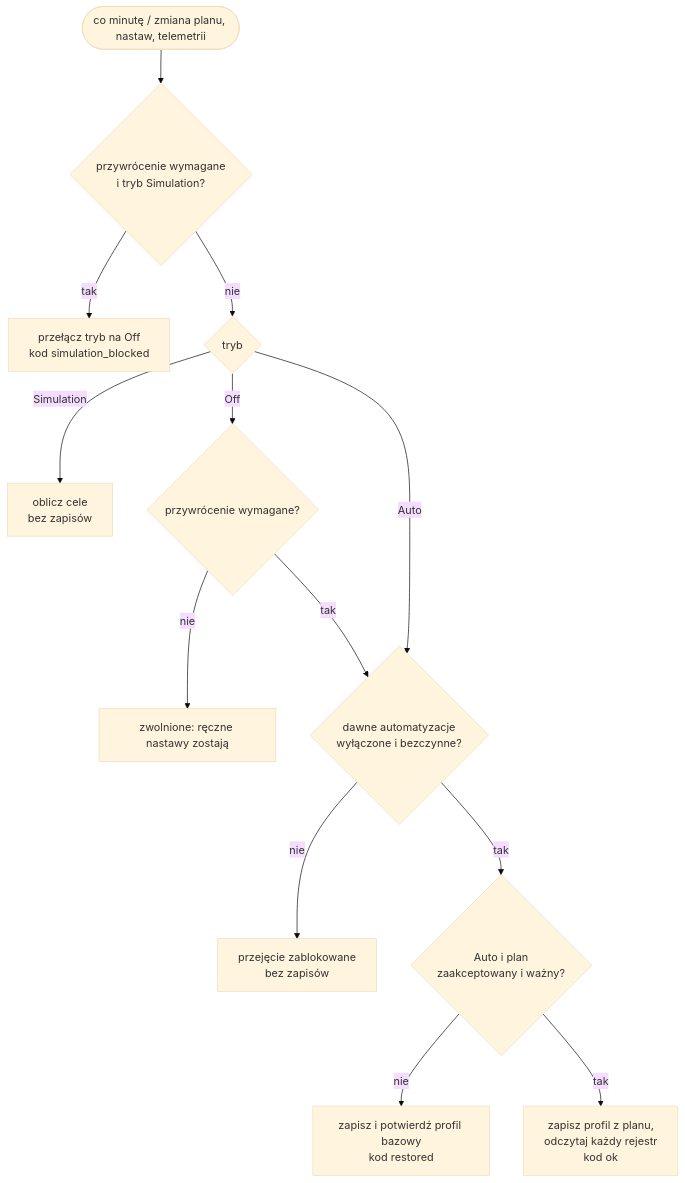
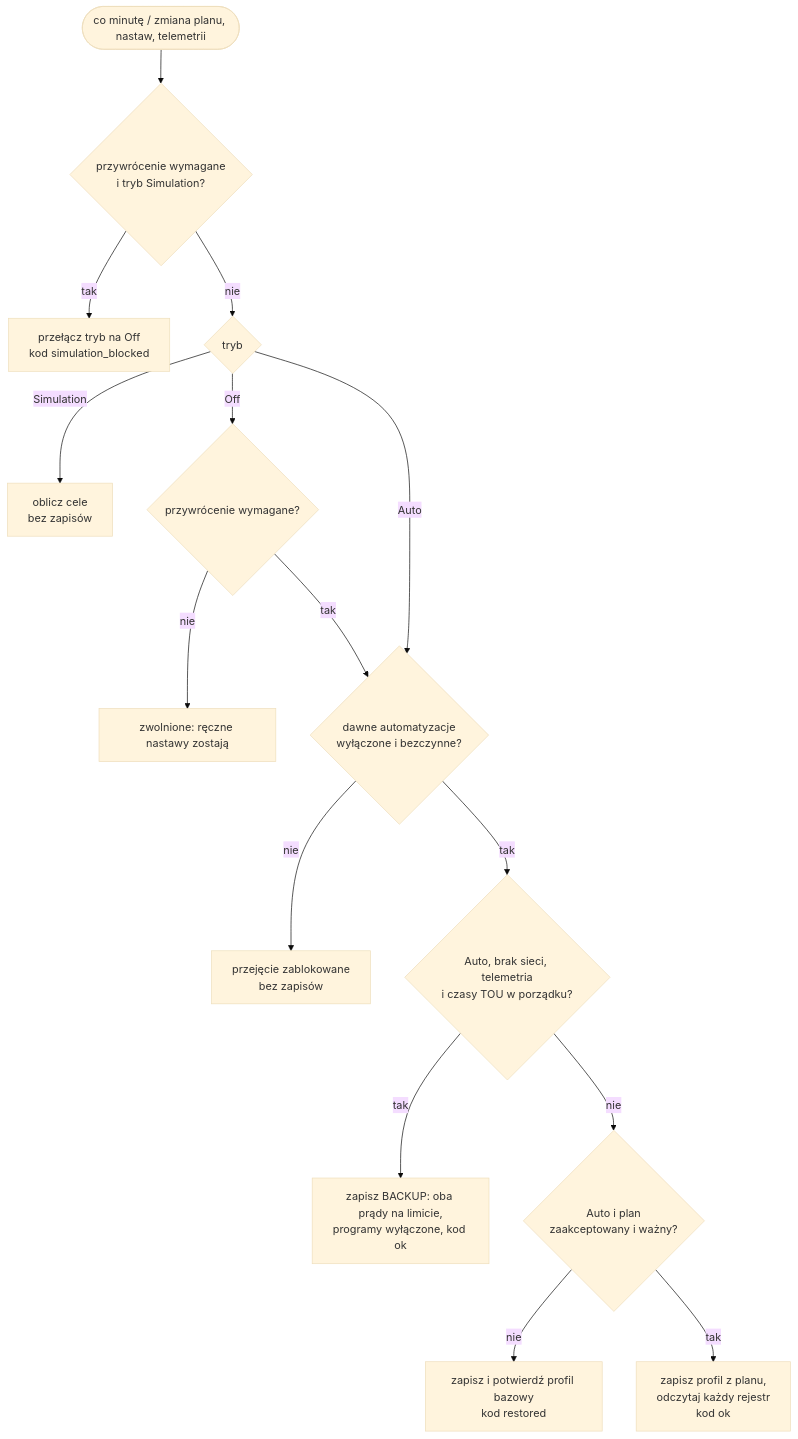
Diagram 15 of 15 in docs/guide.pl.md (datamindzio/ha-energy-compass), drawn with Mermaid (base theme) before and after one commit. The commit also changed other lines of this file and 21 other files, not shown here.

First line of the commit message:
docs(T-124): grid outage safety — BACKUP, buffer current, TOU-floor hold, outage sensor and messages (T10)

````diff
--- a/docs/guide.pl.md
+++ b/docs/guide.pl.md
@@ -2348,15 +2376,17 @@
 ```mermaid
 flowchart TD
     T([co minutę / zmiana planu, nastaw, telemetrii]) --> R{przywrócenie wymagane<br/>i tryb Simulation?}
     R -- tak --> OFF1[przełącz tryb na Off<br/>kod simulation_blocked]
     R -- nie --> M{tryb}
     M -- Simulation --> SIM[oblicz cele<br/>bez zapisów]
     M -- Off --> P{przywrócenie wymagane?}
     P -- nie --> REL[zwolnione: ręczne nastawy zostają]
     P -- tak --> W{dawne automatyzacje<br/>wyłączone i bezczynne?}
     M -- Auto --> W
     W -- nie --> BLK[przejęcie zablokowane<br/>bez zapisów]
-    W -- tak --> V{Auto i plan<br/>zaakceptowany i ważny?}
+    W -- tak --> O{Auto, brak sieci, telemetria<br/>i czasy TOU w porządku?}
+    O -- tak --> BK[zapisz BACKUP: oba prądy na limicie,<br/>programy wyłączone, kod ok]
+    O -- nie --> V{Auto i plan<br/>zaakceptowany i ważny?}
     V -- nie --> BASE[zapisz i potwierdź profil bazowy<br/>kod restored]
     V -- tak --> APPLY[zapisz profil z planu,<br/>odczytaj każdy rejestr<br/>kod ok]
 ```
````
